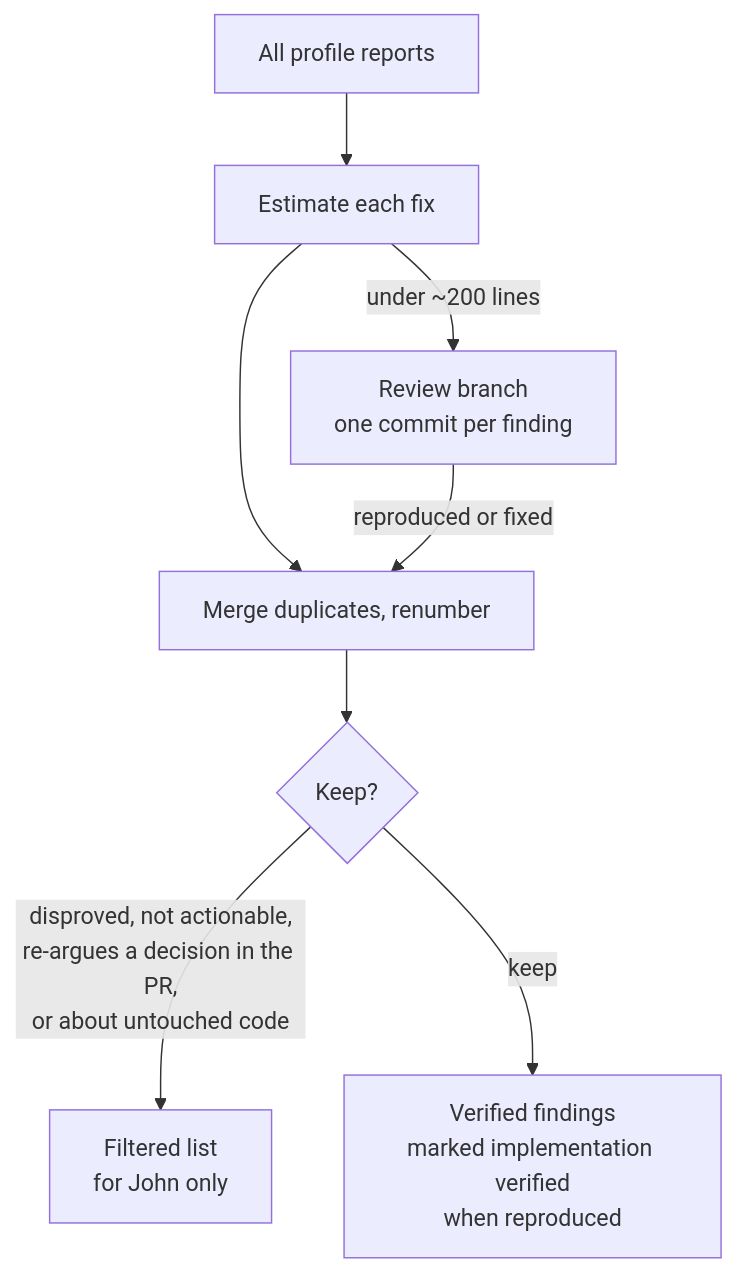
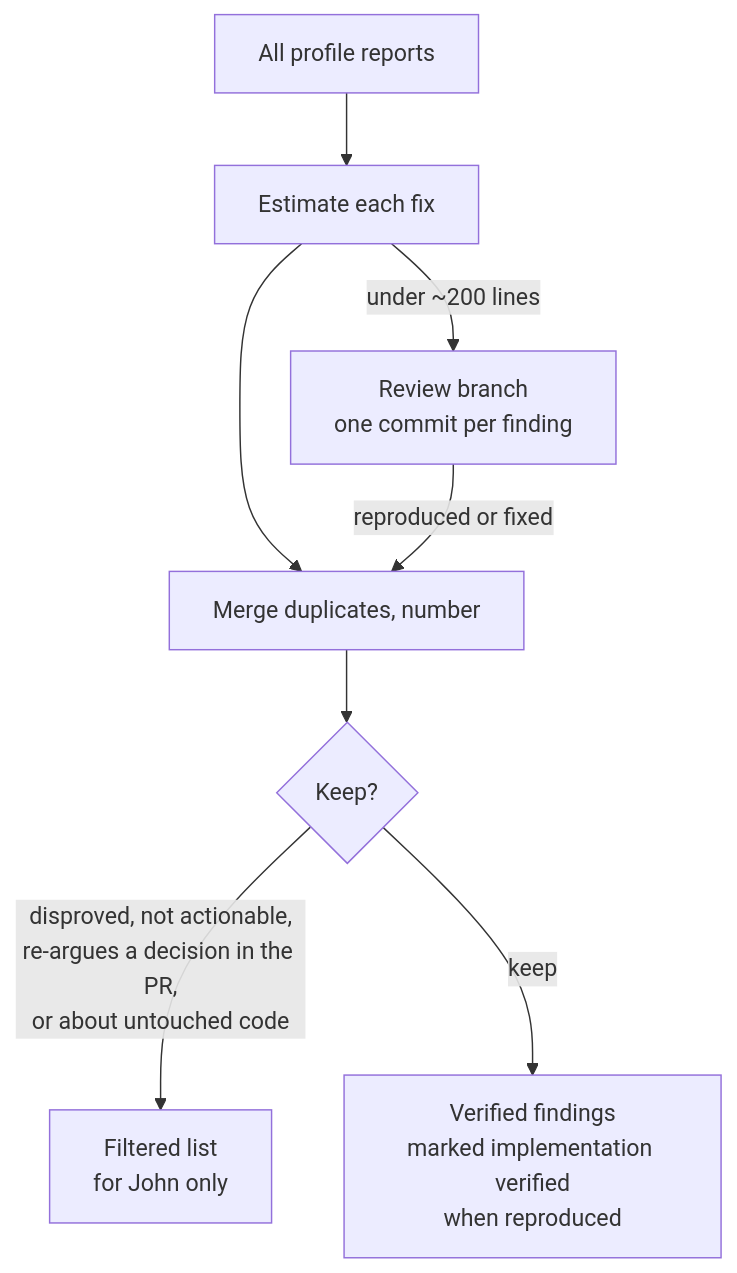
Before and after one commit to jmchilton/galaxy-brain: the third of 4 diagrams in vault/agents/factory/REVIEW_FACTORY.md, drawn with Mermaid. The commit also changed other lines of this file and 54 other files, not shown here.

````diff
--- a/vault/agents/factory/REVIEW_FACTORY.md
+++ b/vault/agents/factory/REVIEW_FACTORY.md
@@ -69,10 +69,10 @@
 ```mermaid
 flowchart TD
   Reps["All profile reports"] --> E["Estimate each fix"]
   E -->|"under ~200 lines"| B["Review branch<br/>one commit per finding"]
-  E --> Agg["Merge duplicates, renumber"]
+  E --> Agg["Merge duplicates, number"]
   B -->|"reproduced or fixed"| Agg
   Agg --> Filt{"Keep?"}
   Filt -->|"disproved, not actionable,<br/>re-argues a decision in the PR,<br/>or about untouched code"| FF["Filtered list<br/>for John only"]
   Filt -->|keep| VR["Verified findings<br/>marked implementation verified<br/>when reproduced"]
 ```
````
